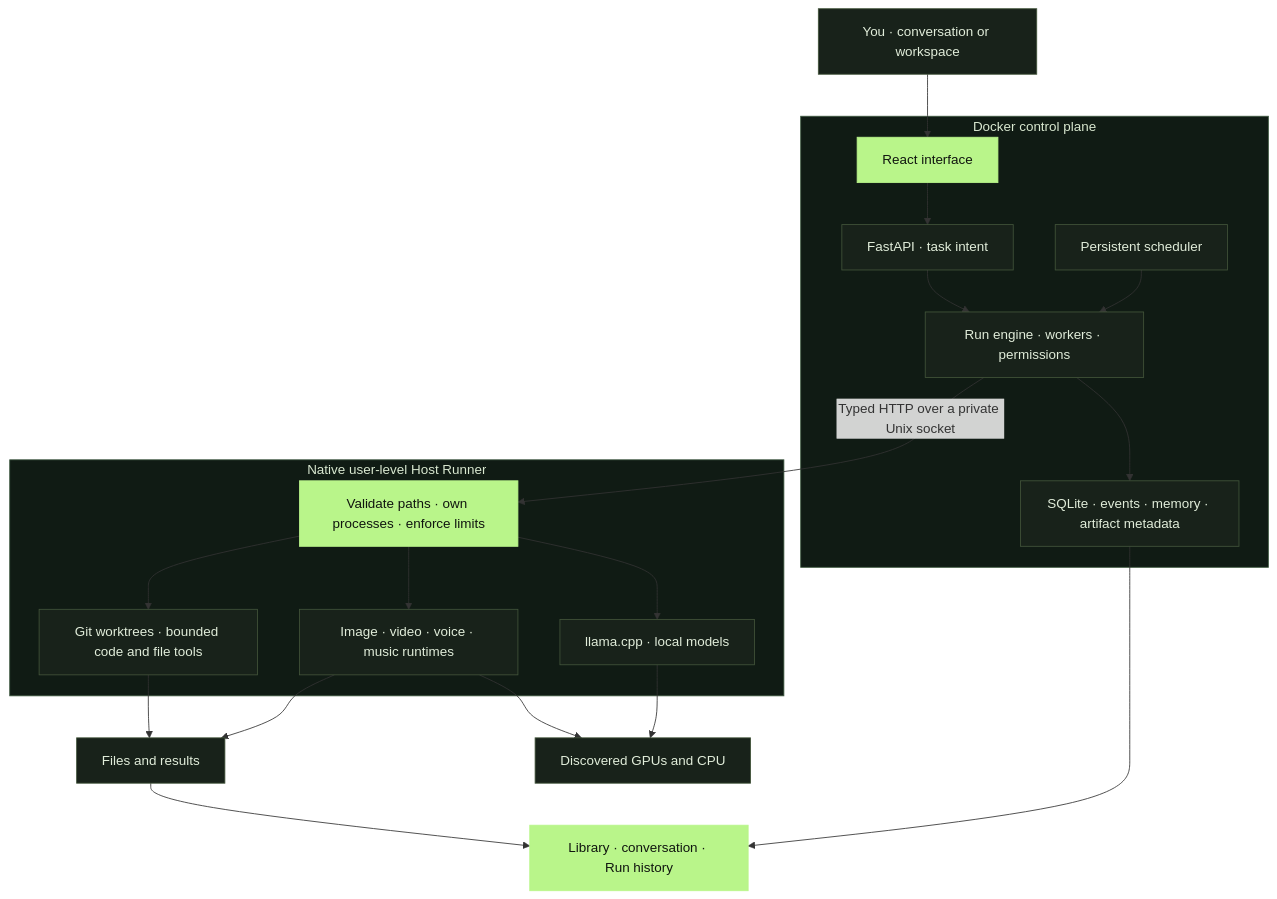
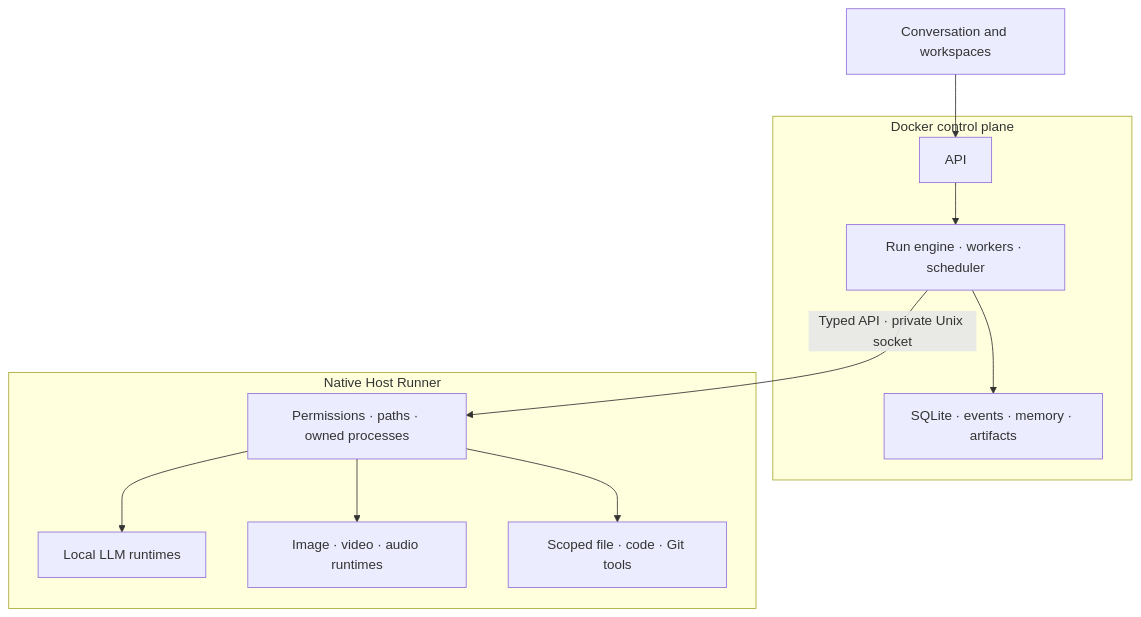
The diagram in README.md (jahu/ai-station), drawn with Mermaid before and after one commit. The commit also changed other lines of this file and 7 other files, not shown here.

````diff
--- a/README.md
+++ b/README.md
@@ -710,29 +148,15 @@
 ```mermaid
 flowchart TB
-    User["You · conversation or workspace"] --> UI
+    User["Conversation and workspaces"] --> API
     subgraph Control["Docker control plane"]
-        UI["React interface"] --> API["FastAPI · task intent"]
-        API --> Engine["Run engine · workers · permissions"]
-        Scheduler["Persistent scheduler"] --> Engine
-        Engine --> State["SQLite · events · memory · artifact metadata"]
+        API["API"] --> Runs["Run engine · workers · scheduler"]
+        Runs --> State["SQLite · events · memory · artifacts"]
     end
-    Engine -->|"Typed HTTP over a private Unix socket"| Runner
-    subgraph Host["Native user-level Host Runner"]
-        Runner["Validate paths · own processes · enforce limits"]
-        Runner --> LLM["llama.cpp · local models"]
-        Runner --> Media["Image · video · voice · music runtimes"]
-        Runner --> Tools["Git worktrees · bounded code and file tools"]
+    Runs -->|"Typed API · private Unix socket"| Runner
+    subgraph Host["Native Host Runner"]
+        Runner["Permissions · paths · owned processes"]
+        Runner --> LLM["Local LLM runtimes"]
+        Runner --> Media["Image · video · audio runtimes"]
+        Runner --> Tools["Scoped file · code · Git tools"]
     end
-    LLM --> Hardware["Discovered GPUs and CPU"]
-    Media --> Hardware
-    Tools --> Results["Files and results"]
-    Media --> Results
-    Results --> Library["Library · conversation · Run history"]
-    State --> Library
-    style Control fill:#101b14,stroke:#3e5940,color:#d9e8d0
-    style Host fill:#101b14,stroke:#3e5940,color:#d9e8d0
-    classDef normal fill:#18221a,color:#e1edda,stroke:#42543a
-    class User,API,Engine,Scheduler,State,LLM,Media,Tools,Hardware,Results normal
-    classDef accent fill:#b9f58a,color:#10150f,stroke:#b9f58a
-    class UI,Runner,Library accent
 ```
````
